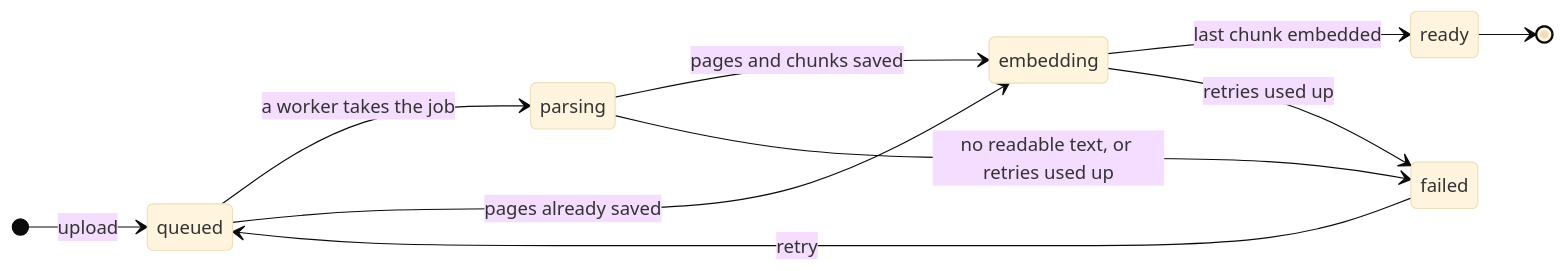
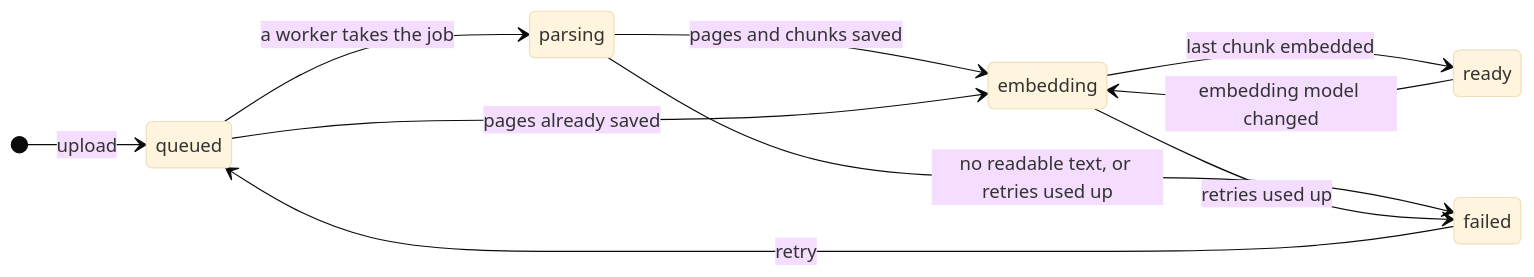
Before and after one commit to shishirmehto/doc-vault: the diagram in docs/design.md, drawn with Mermaid (base theme).

Commit message:
Design: the status chart shows ready going back to embedding when the embedding model changes

````diff
--- a/docs/design.md
+++ b/docs/design.md
@@ -32,13 +32,13 @@
 ```mermaid
 stateDiagram-v2
   direction LR
   [*] --> queued: upload
   queued --> parsing: a worker takes the job
   parsing --> embedding: pages and chunks saved
   embedding --> ready: last chunk embedded
   parsing --> failed: no readable text, or retries used up
   embedding --> failed: retries used up
   failed --> queued: retry
   queued --> embedding: pages already saved
-  ready --> [*]
+  ready --> embedding: embedding model changed
 ```
````
